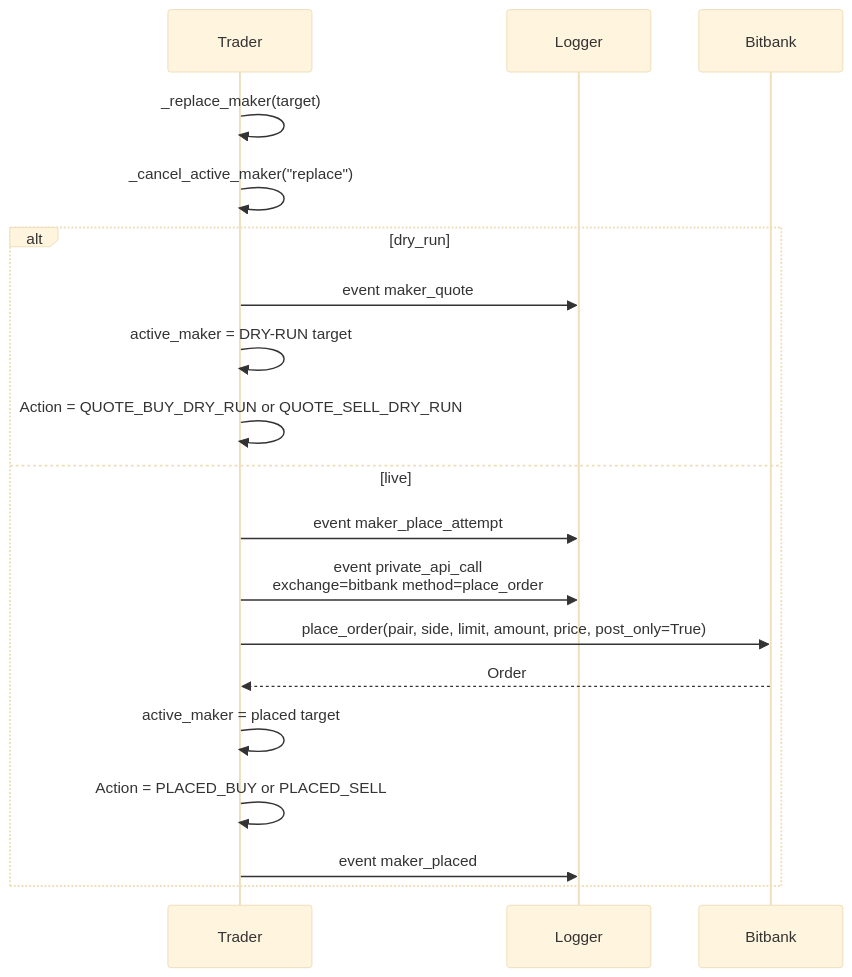
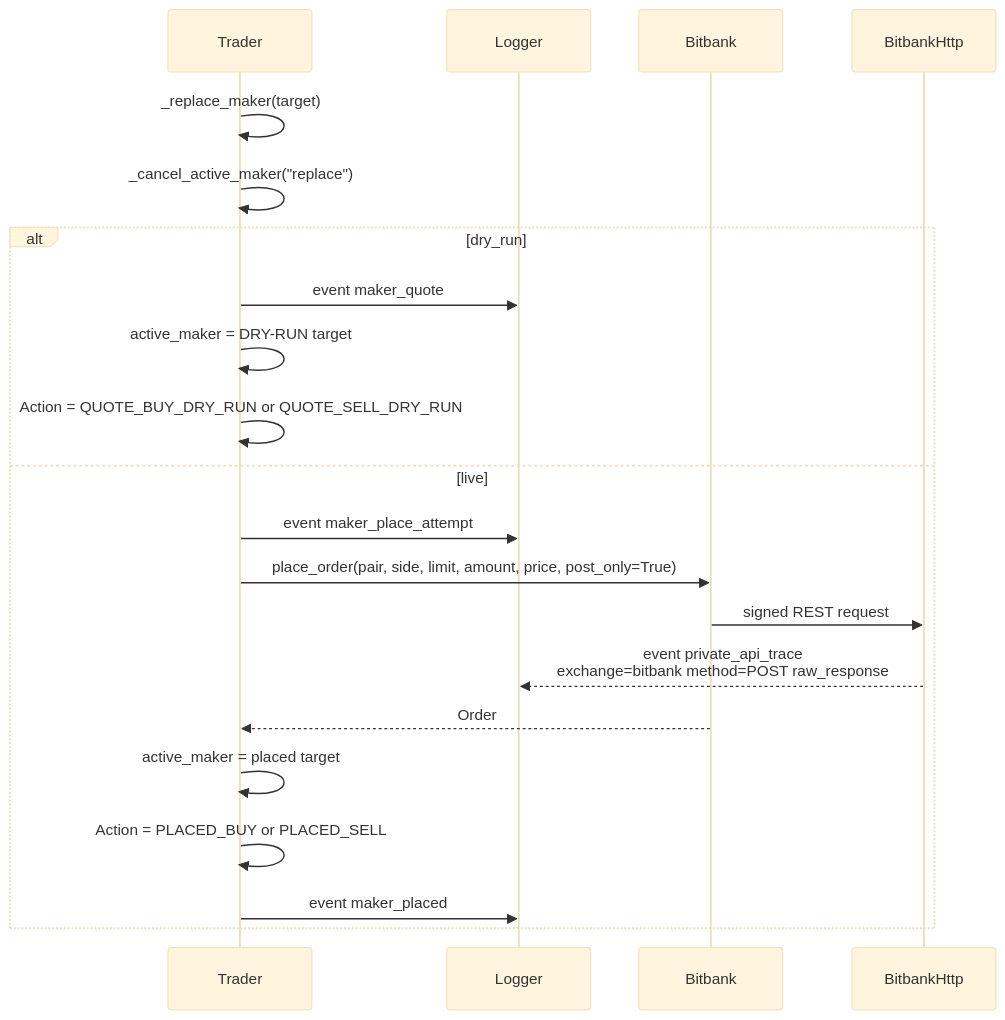
The fourth of 7 diagrams in src/vibe_bot/trades/flowchart.md (00ken00/vibe_bot), drawn with Mermaid (base theme) before and after one commit. The commit also changed other lines of this file and 6 other files, not shown here.

````diff
--- a/src/vibe_bot/trades/flowchart.md
+++ b/src/vibe_bot/trades/flowchart.md
@@ -81,23 +81,25 @@
 ```mermaid
 sequenceDiagram
     participant Trader
     participant Logger
     participant Bitbank
+    participant BitbankHttp
 
     Trader->>Trader: _replace_maker(target)
     Trader->>Trader: _cancel_active_maker("replace")
 
     alt dry_run
         Trader->>Logger: event maker_quote
         Trader->>Trader: active_maker = DRY-RUN target
         Trader->>Trader: Action = QUOTE_BUY_DRY_RUN or QUOTE_SELL_DRY_RUN
     else live
         Trader->>Logger: event maker_place_attempt
-        Trader->>Logger: event private_api_call<br/>exchange=bitbank method=place_order
         Trader->>Bitbank: place_order(pair, side, limit, amount, price, post_only=True)
+        Bitbank->>BitbankHttp: signed REST request
+        BitbankHttp-->>Logger: event private_api_trace<br/>exchange=bitbank method=POST raw_response
         Bitbank-->>Trader: Order
         Trader->>Trader: active_maker = placed target
         Trader->>Trader: Action = PLACED_BUY or PLACED_SELL
         Trader->>Logger: event maker_placed
     end
 ```
````
